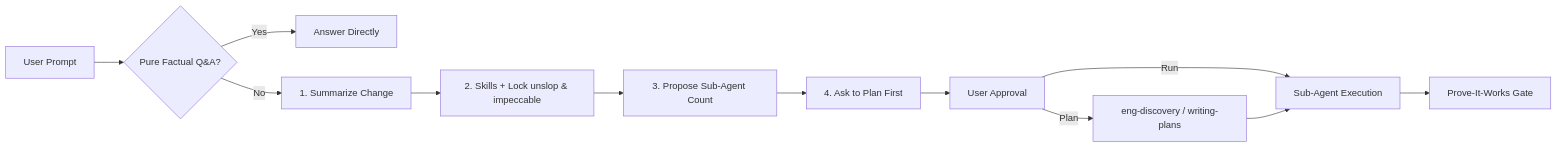
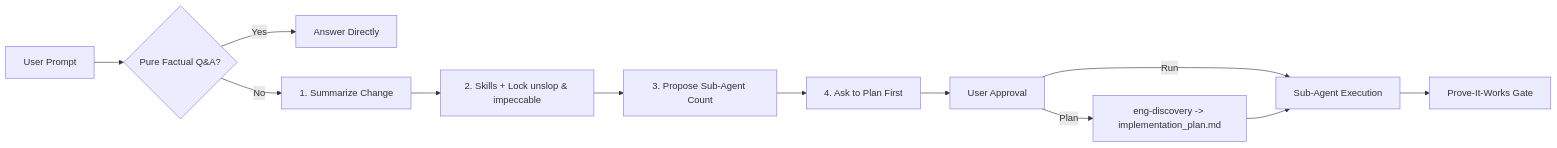
Before and after one commit to itsjamiedev/Antigravity-Engineer: the first of 3 diagrams in README.md, drawn with Mermaid. The commit also changed other lines of this file and 331 other files, not shown here.

Commit message:
feat(skills,rules): integrate diagram-design (38 skills), Playwright PDF/PNG export, and implementation_plan.md enforcement

````diff
--- a/README.md
+++ b/README.md
@@ -111,14 +111,14 @@
 ```mermaid
 flowchart LR
   P["User Prompt"] --> Q{"Pure Factual Q&A?"}
   Q -- "Yes" --> A["Answer Directly"]
   Q -- "No" --> G1["1. Summarize Change"]
   G1 --> G2["2. Skills + Lock unslop & impeccable"]
   G2 --> G3["3. Propose Sub-Agent Count"]
   G3 --> G4["4. Ask to Plan First"]
   G4 --> U["User Approval"]
-  U -- "Plan" --> PL["eng-discovery / writing-plans"]
+  U -- "Plan" --> PL["eng-discovery -> implementation_plan.md"]
   U -- "Run" --> EX["Sub-Agent Execution"]
   PL --> EX
   EX --> VW["Prove-It-Works Gate"]
 ```
````
